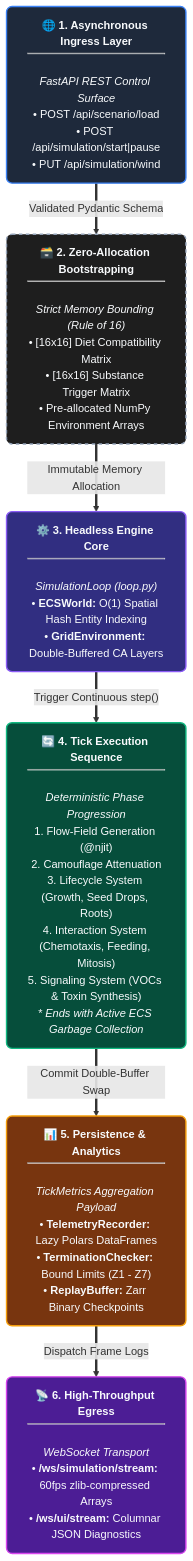
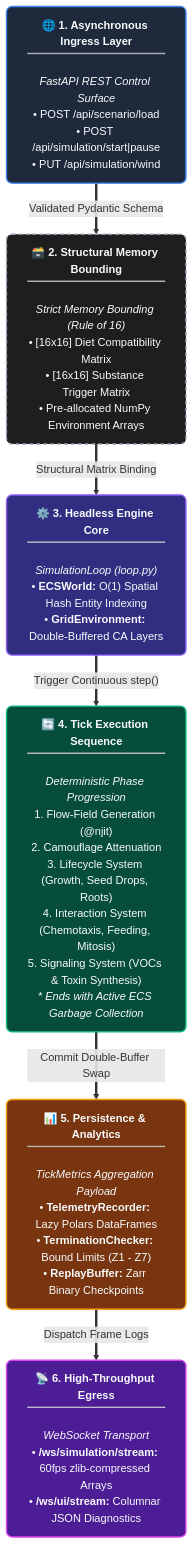
Before and after one commit to foersben/PHIDS: the second of 3 diagrams in docs/technical_architecture/system_architecture.md, drawn with Mermaid. The commit also changed other lines of this file and 220 other files, not shown here.

First line of the commit message:
release: v0.10.0 - OpenMP JIT Parallelization, Subnormal FTZ Optimizations & Stage 1B Roadmap

````diff
--- a/docs/technical_architecture/system_architecture.md
+++ b/docs/technical_architecture/system_architecture.md
@@ -61,35 +99,35 @@
 ```mermaid
 flowchart TD
     %% Base Styling & Theme Definitions
     classDef ingress fill:#1E293B, stroke:#3B82F6, stroke-width:2px, color:#F8FAFC, rx:8px, ry:8px
     classDef constraint fill:#1e1e1e, stroke:#94A3B8, stroke-width:2px, stroke-dasharray: 5 5, color:#F8FAFC, rx:8px, ry:8px
     classDef core fill:#312E81, stroke:#8B5CF6, stroke-width:2px, color:#F8FAFC, rx:8px, ry:8px
     classDef tick fill:#064E3B, stroke:#10B981, stroke-width:2px, color:#F8FAFC, rx:8px, ry:8px
     classDef telemetry fill:#78350F, stroke:#F59E0B, stroke-width:2px, color:#F8FAFC, rx:8px, ry:8px
     classDef egress fill:#4C1D95, stroke:#D946EF, stroke-width:2px, color:#F8FAFC, rx:8px, ry:8px
 
     %% 1. API INGRESS
     A["<b>🌐 1. Asynchronous Ingress Layer</b><br/><hr style='border:1px solid #3B82F6; margin: 4px 0;'/><br/><i>FastAPI REST Control Surface</i><br/>• POST /api/scenario/load<br/>• POST /api/simulation/start|pause<br/>• PUT /api/simulation/wind"]:::ingress
 
     %% 2. STRUCTURAL CONSTRAINTS
-    B["<b>🗃️ 2. Zero-Allocation Bootstrapping</b><br/><hr style='border:1px solid #94A3B8; margin: 4px 0;'/><br/><i>Strict Memory Bounding (Rule of 16)</i><br/>• [16x16] Diet Compatibility Matrix<br/>• [16x16] Substance Trigger Matrix<br/>• Pre-allocated NumPy Environment Arrays"]:::constraint
+    B["<b>🗃️ 2. Structural Memory Bounding</b><br/><hr style='border:1px solid #94A3B8; margin: 4px 0;'/><br/><i>Strict Memory Bounding (Rule of 16)</i><br/>• [16x16] Diet Compatibility Matrix<br/>• [16x16] Substance Trigger Matrix<br/>• Pre-allocated NumPy Environment Arrays"]:::constraint
 
     %% 3. ENGINE CORE
     C["<b>⚙️ 3. Headless Engine Core</b><br/><hr style='border:1px solid #8B5CF6; margin: 4px 0;'/><br/><i>SimulationLoop (loop.py)</i><br/>• <b>ECSWorld:</b> O(1) Spatial Hash Entity Indexing<br/>• <b>GridEnvironment:</b> Double-Buffered CA Layers"]:::core
 
     %% 4. EXECUTION PIPELINE
     D["<b>🔄 4. Tick Execution Sequence</b><br/><hr style='border:1px solid #10B981; margin: 4px 0;'/><br/><i>Deterministic Phase Progression</i><br/>1. Flow-Field Generation (@njit)<br/>2. Camouflage Attenuation<br/>3. Lifecycle System (Growth, Seed Drops, Roots)<br/>4. Interaction System (Chemotaxis, Feeding, Mitosis)<br/>5. Signaling System (VOCs & Toxin Synthesis)<br/><i>* Ends with Active ECS Garbage Collection</i>"]:::tick
 
     %% 5. PERSISTENCE & ANALYTICS
     E["<b>📊 5. Persistence & Analytics</b><br/><hr style='border:1px solid #F59E0B; margin: 4px 0;'/><br/><i>TickMetrics Aggregation Payload</i><br/>• <b>TelemetryRecorder:</b> Lazy Polars DataFrames<br/>• <b>TerminationChecker:</b> Bound Limits (Z1 - Z7)<br/>• <b>ReplayBuffer:</b> Zarr Binary Checkpoints"]:::telemetry
 
     %% 6. EGRESS SURFACES
     F["<b>📡 6. High-Throughput Egress</b><br/><hr style='border:1px solid #D946EF; margin: 4px 0;'/><br/><i>WebSocket Transport</i><br/>• <b>/ws/simulation/stream:</b> 60fps zlib-compressed Arrays<br/>• <b>/ws/ui/stream:</b> Columnar JSON Diagnostics"]:::egress
 
     %% The Central Pipeline Spine
     A == Validated Pydantic Schema ==> B
-    B == Immutable Memory Allocation ==> C
+    B == Structural Matrix Binding ==> C
     C == Trigger Continuous step() ==> D
     D == Commit Double-Buffer Swap ==> E
     E == Dispatch Frame Logs ==> F
 ```
````
